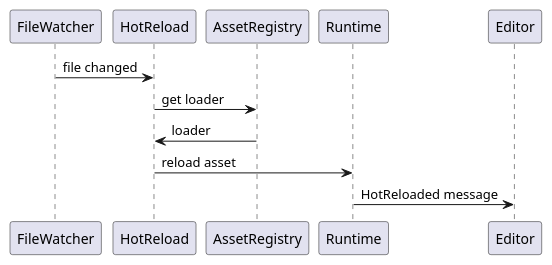
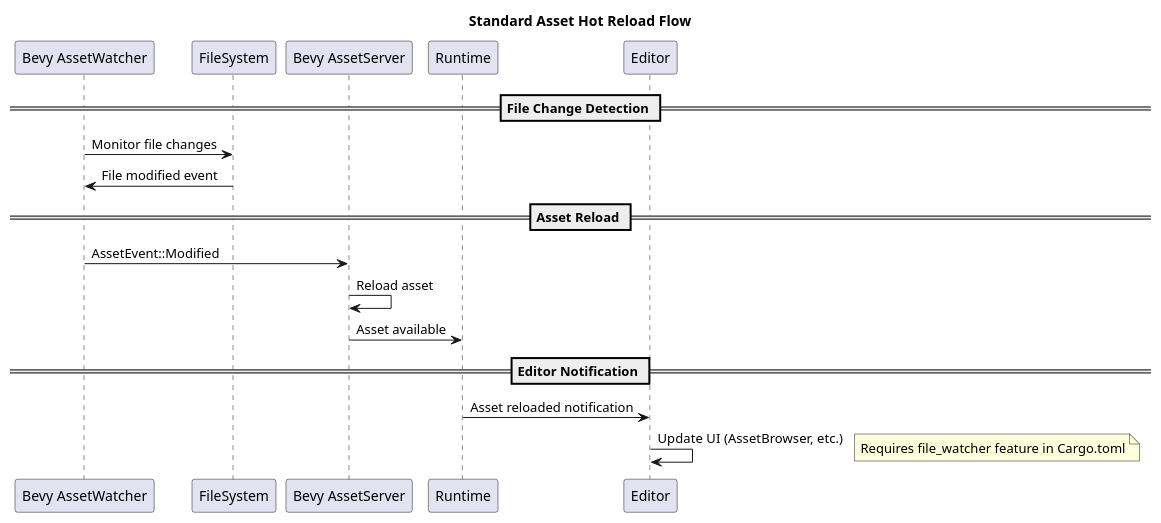
The third of 6 diagrams in docs/architecture/data-flow.md (rhsmz/adbxEngine), drawn with PlantUML before and after one commit. The commit also changed other lines of this file and 10 other files, not shown here.

Commit message:
Update documentation: CONTRIBUTING.mdにダイアグラム更新のタイミングを追加し、architectureディレクトリ内の各種フローダイアグラムを強化。custom-assets.mdとcustom-components.mdにデフォルトローダーとエディタの登録方法を明記し、known-issues.mdにビルド機能の不具合に関する詳細を追記。user-guide内のgetting-started.mdを更新し、ビルド手順と初回起動時の注意事項を明確化。

````diff
--- a/docs/architecture/data-flow.md
+++ b/docs/architecture/data-flow.md
@@ -39,14 +41,26 @@
 ```kroki-plantuml
 @startuml
-participant FileWatcher
-participant HotReload
-participant AssetRegistry
+title Standard Asset Hot Reload Flow
+
+participant BevyAssetWatcher as "Bevy AssetWatcher"
+participant FileSystem
+participant AssetServer as "Bevy AssetServer"
 participant Runtime
+participant Editor
 
-FileWatcher -> HotReload: file changed
-HotReload -> AssetRegistry: get loader
-AssetRegistry -> HotReload: loader
-HotReload -> Runtime: reload asset
-Runtime -> Editor: HotReloaded message
+== File Change Detection ==
+BevyAssetWatcher -> FileSystem: Monitor file changes
+FileSystem -> BevyAssetWatcher: File modified event
+
+== Asset Reload ==
+BevyAssetWatcher -> AssetServer: AssetEvent::Modified
+AssetServer -> AssetServer: Reload asset
+AssetServer -> Runtime: Asset available
+
+== Editor Notification ==
+Runtime -> Editor: Asset reloaded notification
+Editor -> Editor: Update UI (AssetBrowser, etc.)
+
+note right: Requires file_watcher feature in Cargo.toml
 @enduml
 ```
````
